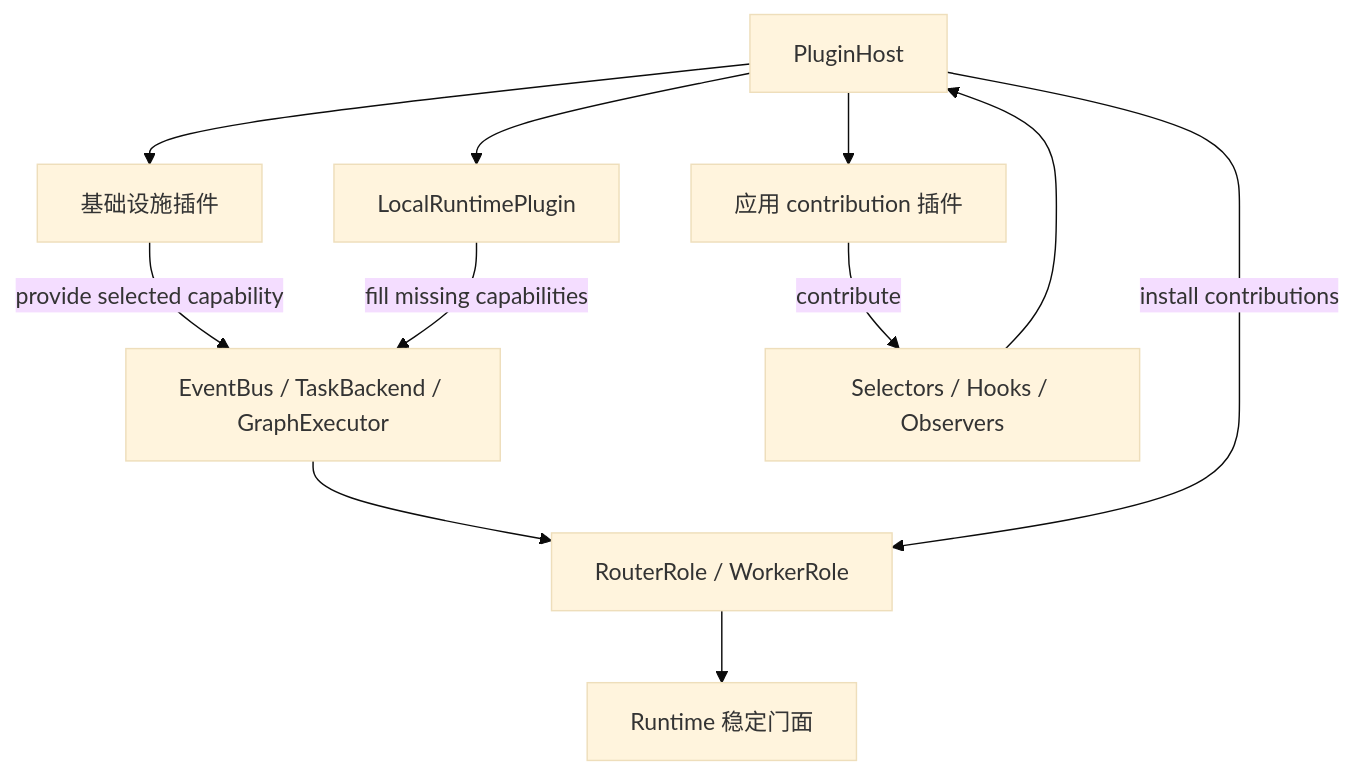
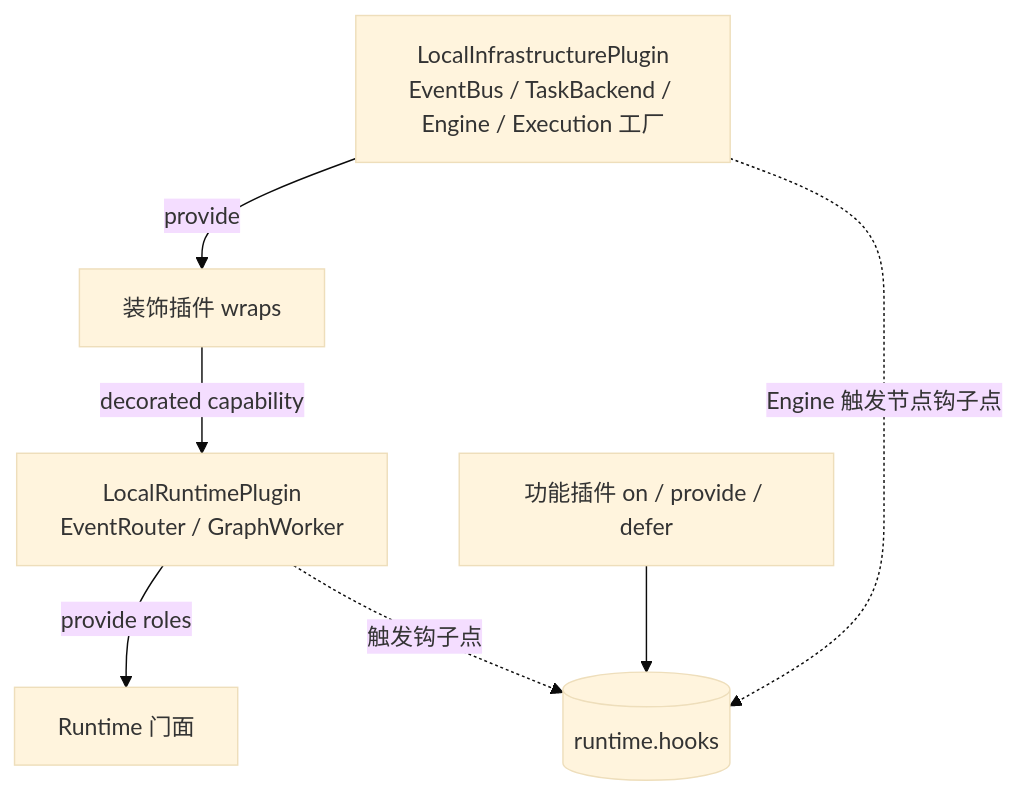
One commit to KKKKKKKEM/interlace changed the first of 3 diagrams in docs/07-plugins.md. Above: the diagram before and after it, drawn with Mermaid (base theme). The commit also changed other lines of this file and 78 other files, not shown here.

````diff
--- a/docs/07-plugins.md
+++ b/docs/07-plugins.md
@@ -50,18 +125,15 @@
 ```mermaid
 flowchart TB
-    Host[PluginHost]
-    Local[LocalRuntimePlugin]
-    Infra[基础设施插件]
-    Feature[应用 contribution 插件]
+    Infra[LocalInfrastructurePlugin<br/>EventBus / TaskBackend / Engine / Execution 工厂]
+    Wrappers[装饰插件 wraps]
+    Local[LocalRuntimePlugin<br/>EventRouter / GraphWorker]
+    Features[功能插件 on / provide / defer]
+    Bus[(runtime.hooks)]
 
-    Host --> Local
-    Host --> Infra
-    Host --> Feature
-    Infra -->|provide selected capability| CoreCaps[EventBus / TaskBackend / GraphExecutor]
-    Local -->|fill missing capabilities| CoreCaps
-    Feature -->|contribute| Contributions[Selectors / Hooks / Observers]
-    CoreCaps --> Roles[RouterRole / WorkerRole]
-    Contributions --> Host
-    Host -->|install contributions| Roles
-    Roles --> Runtime[Runtime 稳定门面]
+    Infra -->|provide| Wrappers
+    Wrappers -->|decorated capability| Local
+    Local -->|provide roles| Runtime[Runtime 门面]
+    Features --> Bus
+    Local -. 触发钩子点 .-> Bus
+    Infra -. Engine 触发节点钩子点 .-> Bus
 ```
````
